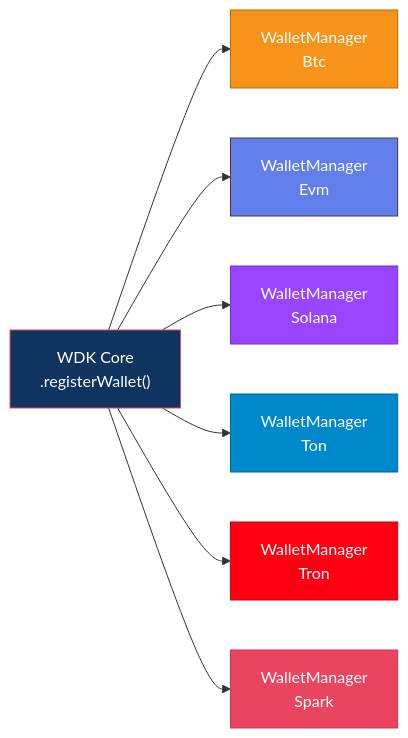
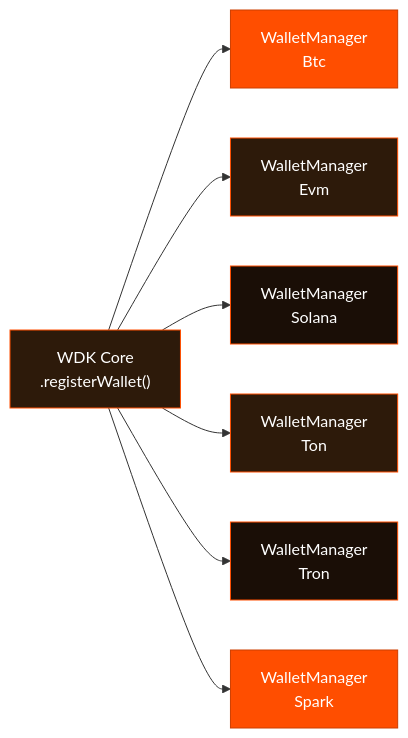
Before and after one commit to gatteo/wdk-docs: the diagram in sdk/core-module/guides/wallet-registration.md, drawn with Mermaid. The commit also changed 21 other files, not shown here.

Commit message:
docs: update all mermaid diagrams to WDK branding colors (#FF4E00 orange, #080201 dark)

````diff
--- a/sdk/core-module/guides/wallet-registration.md
+++ b/sdk/core-module/guides/wallet-registration.md
@@ -24,18 +24,18 @@
 ```mermaid
 graph LR
     WDK["WDK Core\n.registerWallet()"]
     WDK --> BTC["WalletManager\nBtc"]
     WDK --> EVM["WalletManager\nEvm"]
     WDK --> SOL["WalletManager\nSolana"]
     WDK --> TON["WalletManager\nTon"]
     WDK --> TRON["WalletManager\nTron"]
     WDK --> SPARK["WalletManager\nSpark"]
 
-    style WDK fill:#0f3460,stroke:#e94560,color:#fff
-    style BTC fill:#f7931a,stroke:#c16800,color:#fff
-    style EVM fill:#627eea,stroke:#3c3c3d,color:#fff
-    style SOL fill:#9945ff,stroke:#6b2fd6,color:#fff
-    style TON fill:#0088cc,stroke:#006699,color:#fff
-    style TRON fill:#ff0013,stroke:#cc0010,color:#fff
-    style SPARK fill:#e94560,stroke:#c73550,color:#fff
+    style WDK fill:#2d1a0a,stroke:#FF4E00,color:#fff
+    style BTC fill:#FF4E00,stroke:#cc3e00,color:#fff
+    style EVM fill:#2d1a0a,stroke:#FF4E00,color:#fff
+    style SOL fill:#1a0e06,stroke:#FF4E00,color:#fff
+    style TON fill:#2d1a0a,stroke:#FF4E00,color:#fff
+    style TRON fill:#1a0e06,stroke:#FF4E00,color:#fff
+    style SPARK fill:#FF4E00,stroke:#cc3e00,color:#fff
 ```
````
